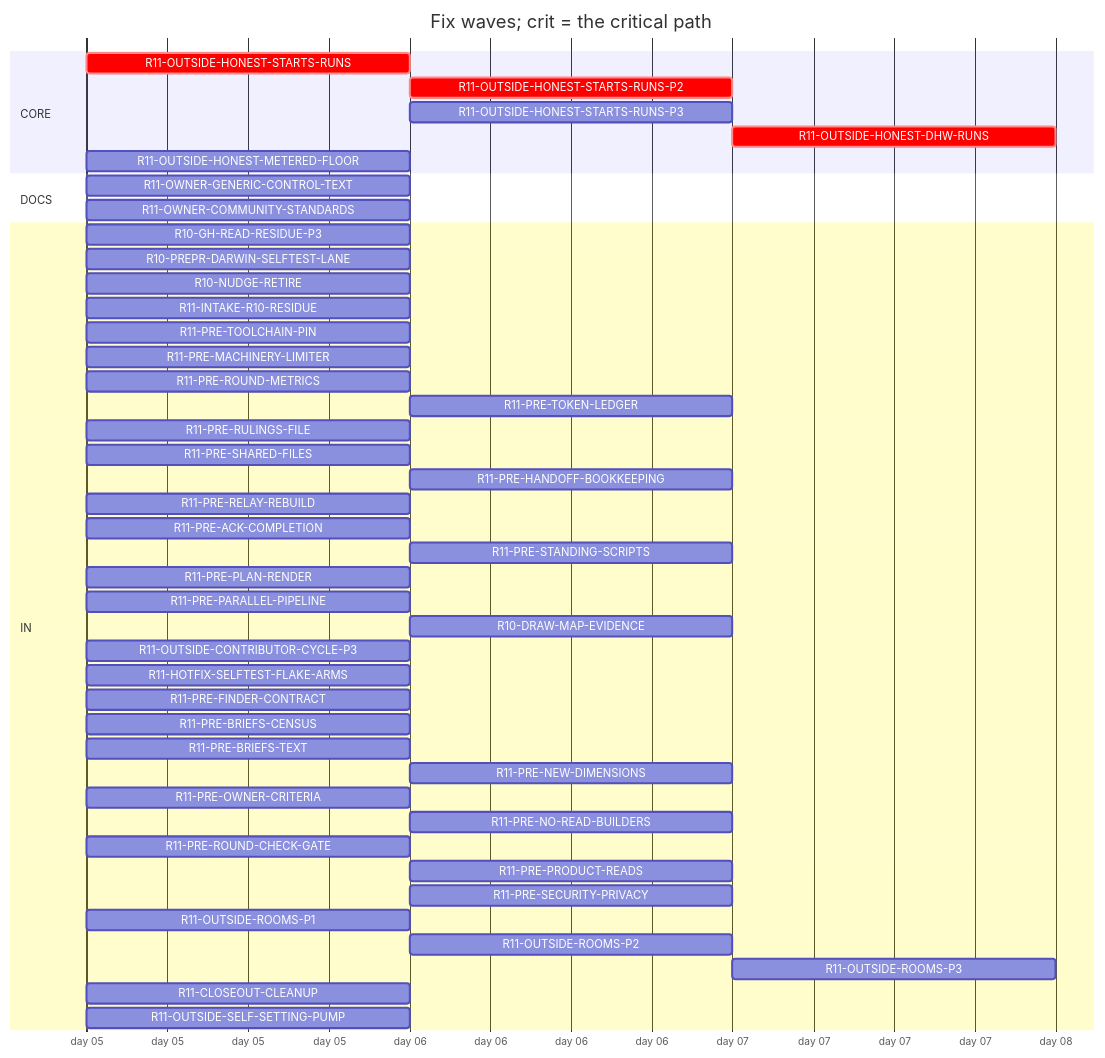
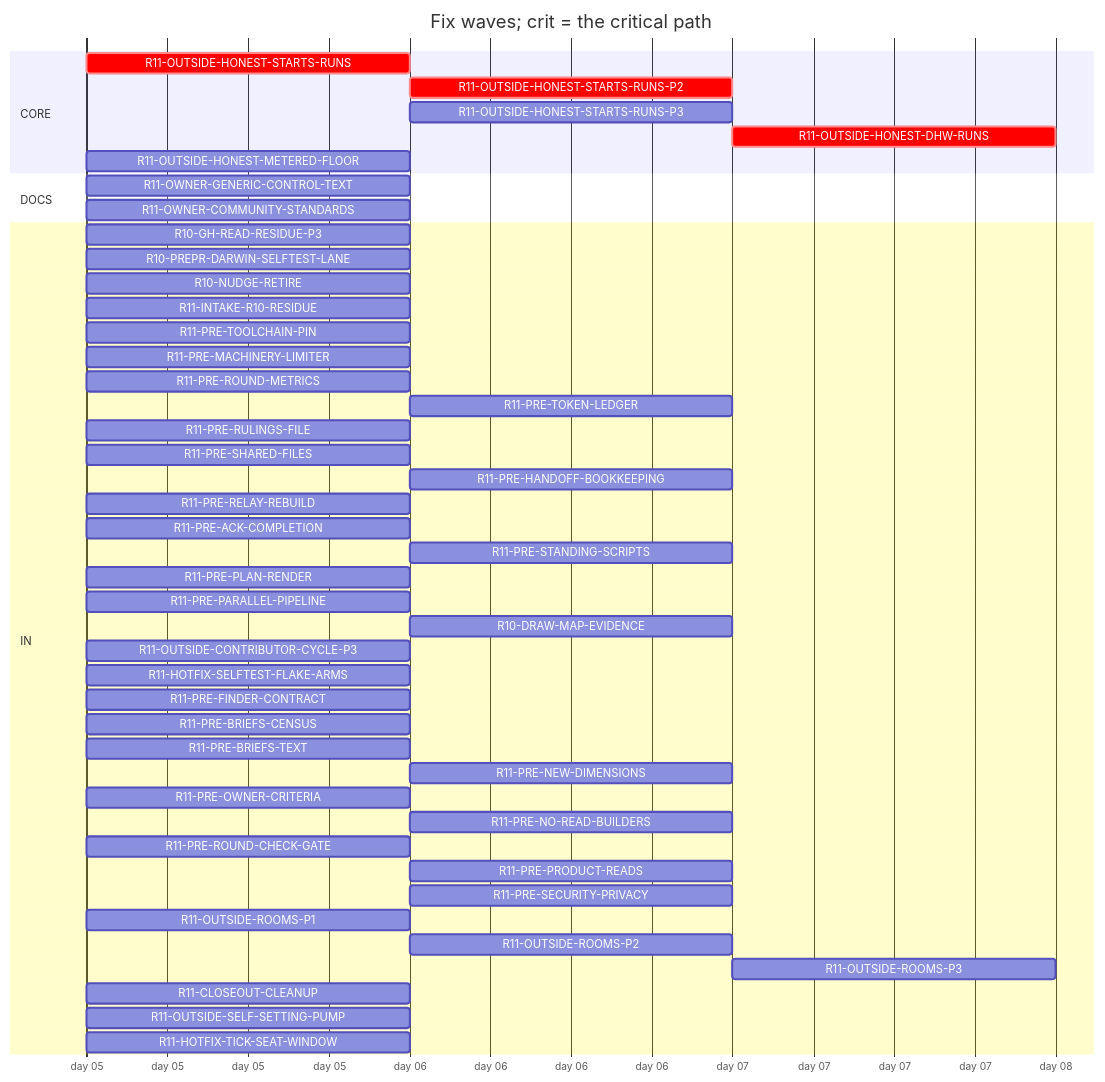
Before and after one commit to tvofi/heatpump_optimizer: the diagram in handoff/round11/state/PLAN-TABLE.md, drawn with Mermaid. The commit also changed other lines of this file and 4 other files, not shown here.

Commit message:
state: FLOW-BOARD.md, NEXT-SESSION-PROMPT.md, PLAN-TABLE.md, PLAN.html, RESUME-CURRENT.md regenerated (state_docs.py)

````diff
--- a/handoff/round11/state/PLAN-TABLE.md
+++ b/handoff/round11/state/PLAN-TABLE.md
@@ -16,49 +16,50 @@
 ```mermaid
 gantt
   title Fix waves; crit = the critical path
   dateFormat YYYY-MM-DD
   axisFormat day %d
   section CORE
     R11-OUTSIDE-HONEST-STARTS-RUNS :crit, r11OUTSIDEHONESTSTARTSRUNS, 2026-01-05, 1d
     R11-OUTSIDE-HONEST-STARTS-RUNS-P2 :crit, r11OUTSIDEHONESTSTARTSRUNSP2, after r11OUTSIDEHONESTSTARTSRUNS, 1d
     R11-OUTSIDE-HONEST-STARTS-RUNS-P3 :r11OUTSIDEHONESTSTARTSRUNSP3, after r11OUTSIDEHONESTSTARTSRUNS, 1d
     R11-OUTSIDE-HONEST-DHW-RUNS :crit, r11OUTSIDEHONESTDHWRUNS, after r11OUTSIDEHONESTSTARTSRUNS r11OUTSIDEHONESTSTARTSRUNSP2, 1d
     R11-OUTSIDE-HONEST-METERED-FLOOR :r11OUTSIDEHONESTMETEREDFLOOR, 2026-01-05, 1d
   section DOCS
     R11-OWNER-GENERIC-CONTROL-TEXT :r11OWNERGENERICCONTROLTEXT, 2026-01-05, 1d
     R11-OWNER-COMMUNITY-STANDARDS :r11OWNERCOMMUNITYSTANDARDS, 2026-01-05, 1d
   section IN
     R10-GH-READ-RESIDUE-P3 :r10GHREADRESIDUEP3, 2026-01-05, 1d
     R10-PREPR-DARWIN-SELFTEST-LANE :r10PREPRDARWINSELFTESTLANE, 2026-01-05, 1d
     R10-NUDGE-RETIRE :r10NUDGERETIRE, 2026-01-05, 1d
     R11-INTAKE-R10-RESIDUE :r11INTAKER10RESIDUE, 2026-01-05, 1d
     R11-PRE-TOOLCHAIN-PIN :r11PRETOOLCHAINPIN, 2026-01-05, 1d
     R11-PRE-MACHINERY-LIMITER :r11PREMACHINERYLIMITER, 2026-01-05, 1d
     R11-PRE-ROUND-METRICS :r11PREROUNDMETRICS, 2026-01-05, 1d
     R11-PRE-TOKEN-LEDGER :r11PRETOKENLEDGER, after r10GHREADRESIDUEP3, 1d
     R11-PRE-RULINGS-FILE :r11PRERULINGSFILE, 2026-01-05, 1d
     R11-PRE-SHARED-FILES :r11PRESHAREDFILES, 2026-01-05, 1d
     R11-PRE-HANDOFF-BOOKKEEPING :r11PREHANDOFFBOOKKEEPING, after r11PRERELAYREBUILD, 1d
     R11-PRE-RELAY-REBUILD :r11PRERELAYREBUILD, 2026-01-05, 1d
     R11-PRE-ACK-COMPLETION :r11PREACKCOMPLETION, 2026-01-05, 1d
     R11-PRE-STANDING-SCRIPTS :r11PRESTANDINGSCRIPTS, after r11PREPARALLELPIPELINE, 1d
     R11-PRE-PLAN-RENDER :r11PREPLANRENDER, 2026-01-05, 1d
     R11-PRE-PARALLEL-PIPELINE :r11PREPARALLELPIPELINE, 2026-01-05, 1d
     R10-DRAW-MAP-EVIDENCE :r10DRAWMAPEVIDENCE, after r11OUTSIDESELFSETTINGPUMP, 1d
     R11-OUTSIDE-CONTRIBUTOR-CYCLE-P3 :r11OUTSIDECONTRIBUTORCYCLEP3, 2026-01-05, 1d
     R11-HOTFIX-SELFTEST-FLAKE-ARMS :r11HOTFIXSELFTESTFLAKEARMS, 2026-01-05, 1d
     R11-PRE-FINDER-CONTRACT :r11PREFINDERCONTRACT, 2026-01-05, 1d
     R11-PRE-BRIEFS-CENSUS :r11PREBRIEFSCENSUS, 2026-01-05, 1d
     R11-PRE-BRIEFS-TEXT :r11PREBRIEFSTEXT, 2026-01-05, 1d
     R11-PRE-NEW-DIMENSIONS :r11PRENEWDIMENSIONS, after r11PREFINDERCONTRACT r11PREBRIEFSCENSUS, 1d
     R11-PRE-OWNER-CRITERIA :r11PREOWNERCRITERIA, 2026-01-05, 1d
     R11-PRE-NO-READ-BUILDERS :r11PRENOREADBUILDERS, after r11PREMACHINERYLIMITER, 1d
     R11-PRE-ROUND-CHECK-GATE :r11PREROUNDCHECKGATE, 2026-01-05, 1d
     R11-PRE-PRODUCT-READS :r11PREPRODUCTREADS, after r11PREBRIEFSCENSUS, 1d
     R11-PRE-SECURITY-PRIVACY :r11PRESECURITYPRIVACY, after r11PREFINDERCONTRACT r11PREBRIEFSCENSUS, 1d
     R11-OUTSIDE-ROOMS-P1 :r11OUTSIDEROOMSP1, 2026-01-05, 1d
     R11-OUTSIDE-ROOMS-P2 :r11OUTSIDEROOMSP2, after r11OUTSIDEROOMSP1, 1d
     R11-OUTSIDE-ROOMS-P3 :r11OUTSIDEROOMSP3, after r11OUTSIDEROOMSP2, 1d
     R11-CLOSEOUT-CLEANUP :r11CLOSEOUTCLEANUP, 2026-01-05, 1d
     R11-OUTSIDE-SELF-SETTING-PUMP :r11OUTSIDESELFSETTINGPUMP, 2026-01-05, 1d
+    R11-HOTFIX-TICK-SEAT-WINDOW :r11HOTFIXTICKSEATWINDOW, 2026-01-05, 1d
 ```
````
